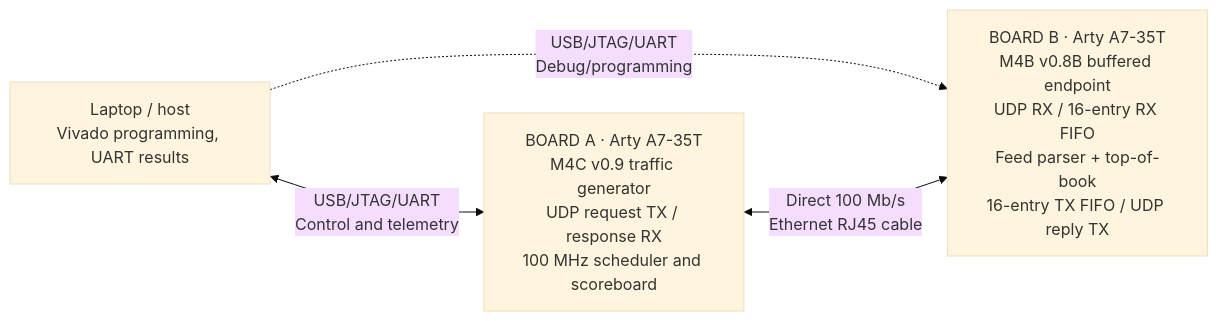
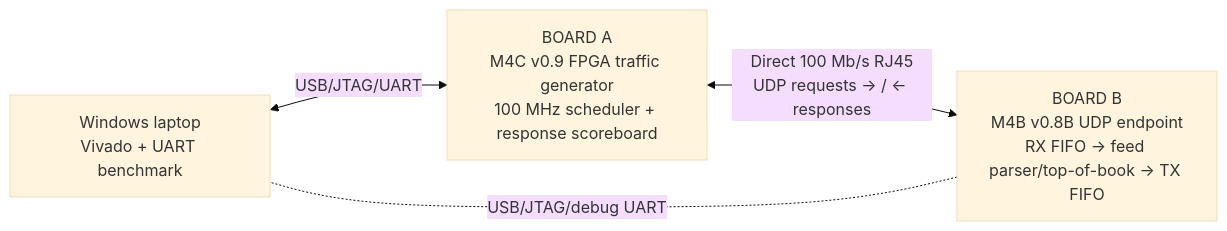
Before and after one commit to msamie-elec/FPGA-low-latency-ethernet: the diagram in README.md, drawn with Mermaid (base theme). The commit also changed other lines of this file, not shown here.

Commit message:
docs: replace landing README with architecture, runbook, tested results and source navigation

````diff
--- a/README.md
+++ b/README.md
@@ -53,9 +18,6 @@
 ```mermaid
 flowchart LR
-  PC["Laptop / host<br/>Vivado programming, UART results"]
-  A["BOARD A · Arty A7-35T<br/>M4C v0.9 traffic generator<br/>UDP request TX / response RX<br/>100 MHz scheduler and scoreboard"]
-  B["BOARD B · Arty A7-35T<br/>M4B v0.8B buffered endpoint<br/>UDP RX / 16-entry RX FIFO<br/>Feed parser + top-of-book<br/>16-entry TX FIFO / UDP reply TX"]
-  PC <-->|"USB/JTAG/UART<br/>Control and telemetry"| A
-  PC -.->|"USB/JTAG/UART<br/>Debug/programming"| B
-  A <-->|"Direct 100 Mb/s<br/>Ethernet RJ45 cable"| B
+  PC["Windows laptop<br/>Vivado + UART benchmark"] <-->|"USB/JTAG/UART"| A["BOARD A<br/>M4C v0.9 FPGA traffic generator<br/>100 MHz scheduler + response scoreboard"]
+  A <-->|"Direct 100 Mb/s RJ45<br/>UDP requests → / ← responses"| B["BOARD B<br/>M4B v0.8B UDP endpoint<br/>RX FIFO → feed parser/top-of-book → TX FIFO"]
+  B -. "USB/JTAG/debug UART" .- PC
 ```
````
